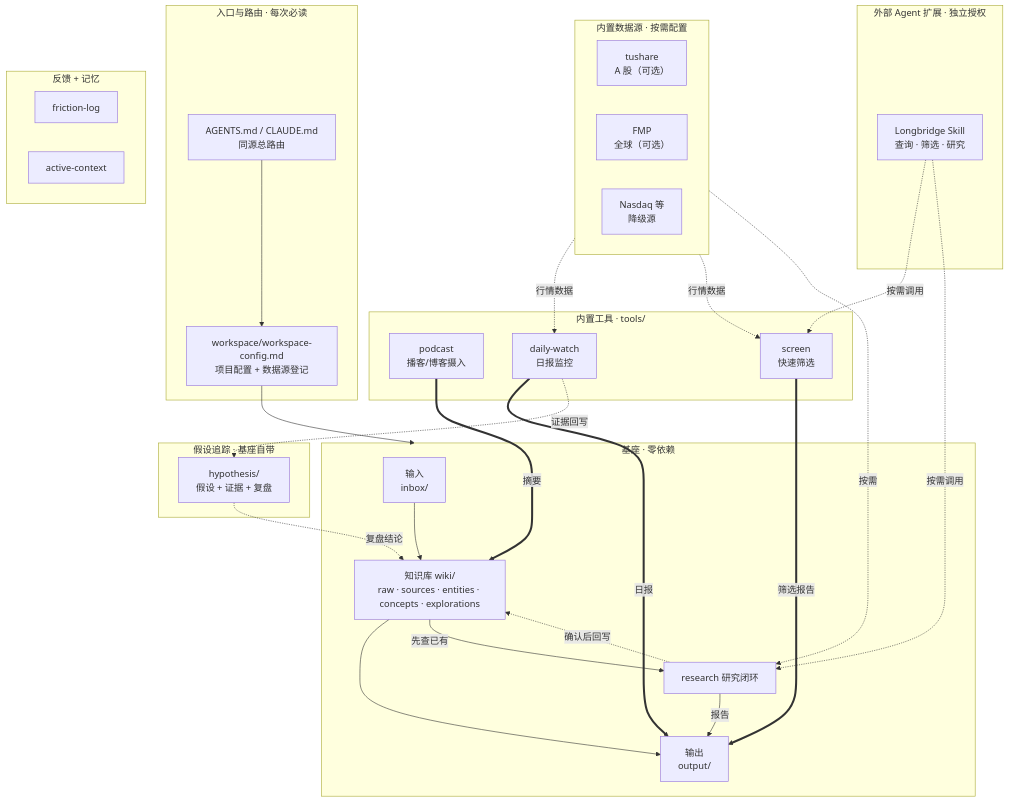
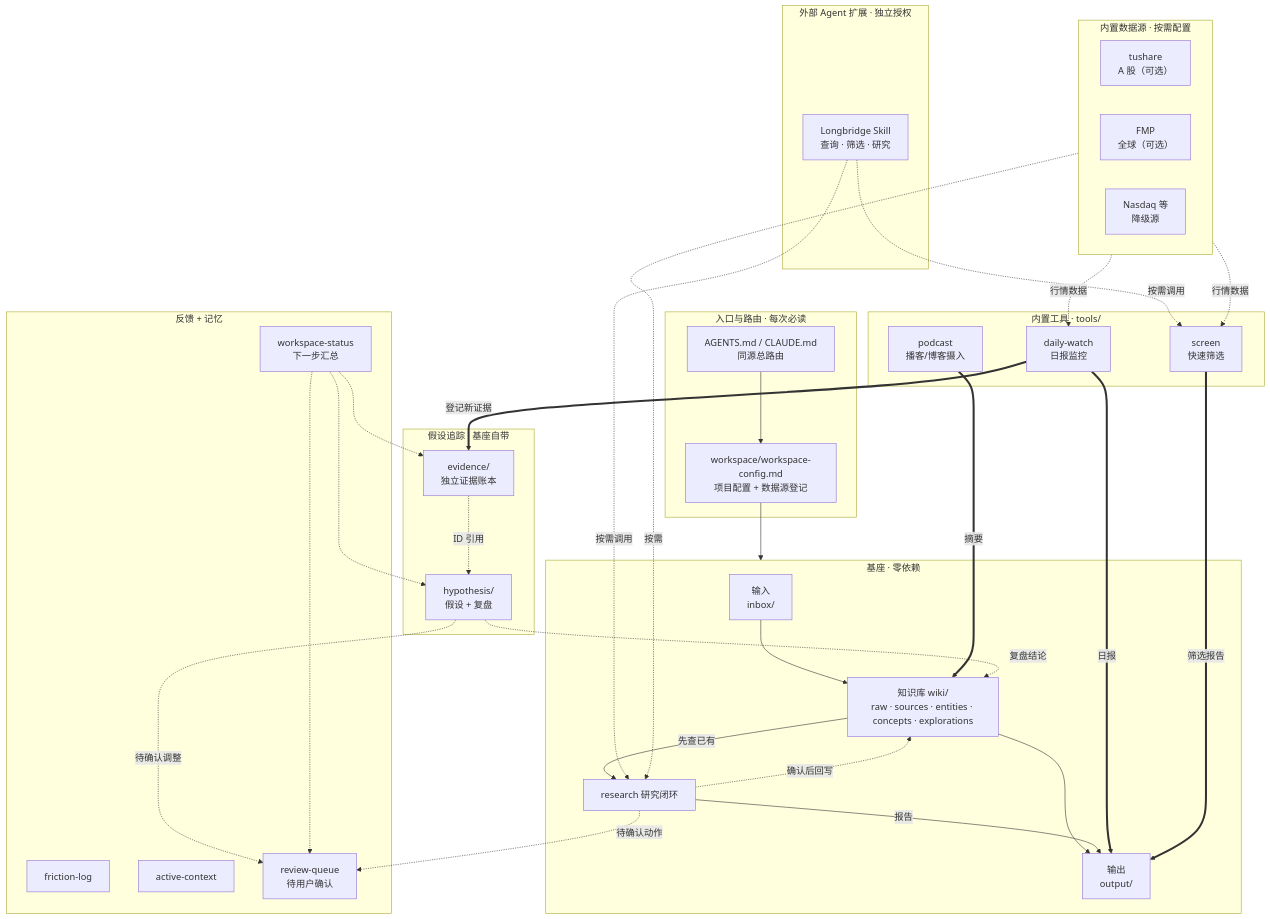
One commit to Benboerba620/ai-workspace-hub changed the diagram in ARCHITECTURE.md. Above: the diagram before and after it, drawn with Mermaid. The commit also changed other lines of this file and 52 other files, not shown here.

````diff
--- a/ARCHITECTURE.md
+++ b/ARCHITECTURE.md
@@ -10,54 +10,63 @@
 ```mermaid
 flowchart TB
     subgraph ENTRY[入口与路由 · 每次必读]
         A["AGENTS.md / CLAUDE.md<br/>同源总路由"]
         C["workspace/workspace-config.md<br/>项目配置 + 数据源登记"]
         A --> C
     end
 
     subgraph BASE["基座 · 零依赖"]
         IN["输入<br/>inbox/"] --> KB["知识库 wiki/<br/>raw · sources · entities · concepts · explorations"]
         KB --> OUT["输出<br/>output/"]
         RES["research 研究闭环"]
         KB -->|"先查已有"| RES
         RES -->|"报告"| OUT
         RES -.->|"确认后回写"| KB
     end
 
     subgraph TOOLS["内置工具 · tools/"]
         POD["podcast<br/>播客/博客摄入"]
         DW["daily-watch<br/>日报监控"]
         SCR["screen<br/>快速筛选"]
     end
 
     subgraph DATA["内置数据源 · 按需配置"]
         TS["tushare<br/>A 股（可选）"]
         FMP2["FMP<br/>全球（可选）"]
         FB["Nasdaq 等<br/>降级源"]
     end
 
     subgraph EXT["外部 Agent 扩展 · 独立授权"]
         LB["Longbridge Skill<br/>查询 · 筛选 · 研究"]
     end
 
     subgraph HYPO["假设追踪 · 基座自带"]
-        HT["hypothesis/<br/>假设 + 证据 + 复盘"]
+        HT["hypothesis/<br/>假设 + 复盘"]
+        EV["evidence/<br/>独立证据账本"]
     end
 
     subgraph MEM["反馈 + 记忆"]
         FL["friction-log"]
         AC["active-context"]
+        RQ["review-queue<br/>待用户确认"]
+        WS["workspace-status<br/>下一步汇总"]
     end
 
     C --> BASE
     POD ==>|"摘要"| KB
     DW ==>|"日报"| OUT
-    DW -.->|"证据回写"| HT
+    DW ==>|"登记新证据"| EV
+    EV -.->|"ID 引用"| HT
     HT -.->|"复盘结论"| KB
     SCR ==>|"筛选报告"| OUT
     DATA -.->|"行情数据"| DW
     DATA -.->|"行情数据"| SCR
     DATA -.->|"按需"| RES
     LB -.->|"按需调用"| SCR
     LB -.->|"按需调用"| RES
+    RES -.->|"待确认动作"| RQ
+    HT -.->|"待确认调整"| RQ
+    WS -.-> RQ
+    WS -.-> EV
+    WS -.-> HT
 ```
````
